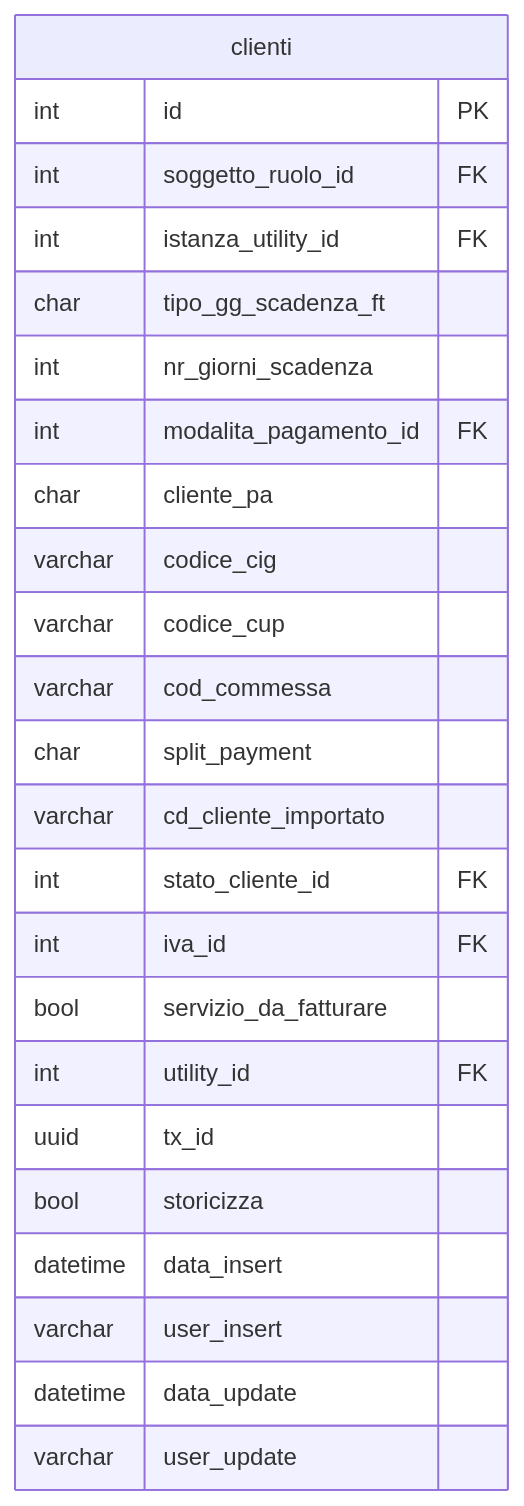
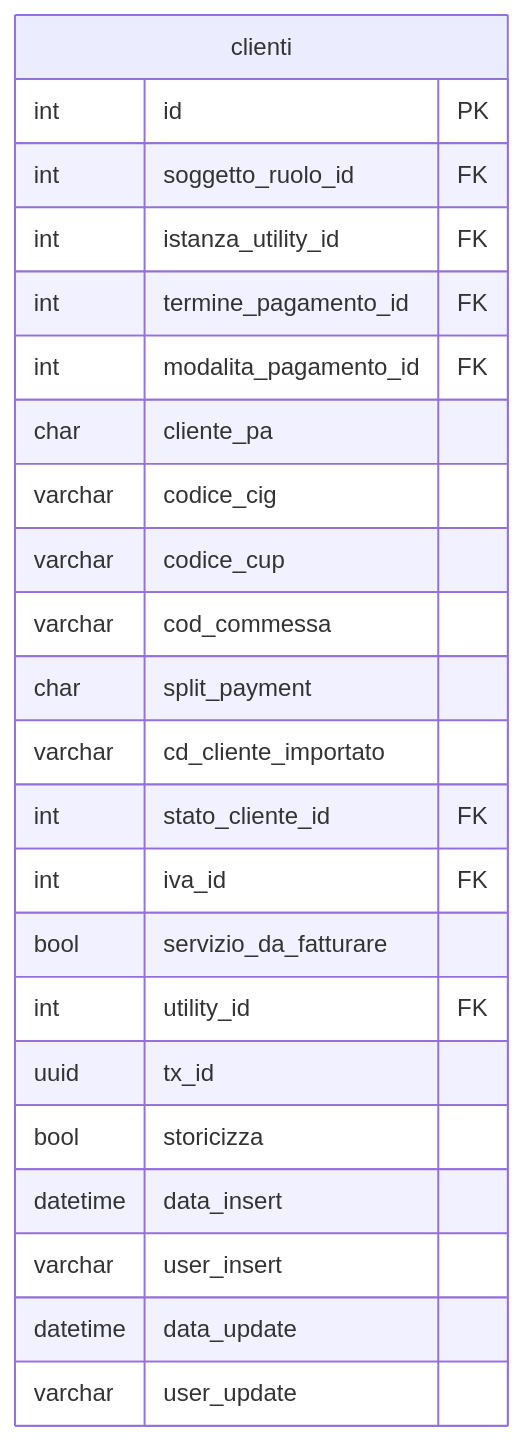
Before and after one commit to Tito-it/ZeroErp: the second of 2 diagrams in docs/it/dbzero/anagrafiche/manual/clienti.md, drawn with Mermaid. The commit also changed other lines of this file and 21 other files, not shown here.

````diff
--- a/docs/it/dbzero/anagrafiche/manual/clienti.md
+++ b/docs/it/dbzero/anagrafiche/manual/clienti.md
@@ -128,28 +112,27 @@
 ```mermaid
 %%{init: {'er': {'layoutDirection': 'TB'}}}%%
 erDiagram
     clienti {
         int       id PK
         int       soggetto_ruolo_id FK
         int       istanza_utility_id FK
-        char      tipo_gg_scadenza_ft
-        int       nr_giorni_scadenza
+        int       termine_pagamento_id FK
         int       modalita_pagamento_id FK
         char      cliente_pa
         varchar   codice_cig
         varchar   codice_cup
         varchar   cod_commessa
         char      split_payment
         varchar   cd_cliente_importato
         int       stato_cliente_id FK
         int       iva_id FK
         bool      servizio_da_fatturare
         int       utility_id FK
         uuid      tx_id
         bool      storicizza
         datetime  data_insert
         varchar   user_insert
         datetime  data_update
         varchar   user_update
     }
 ```
````
